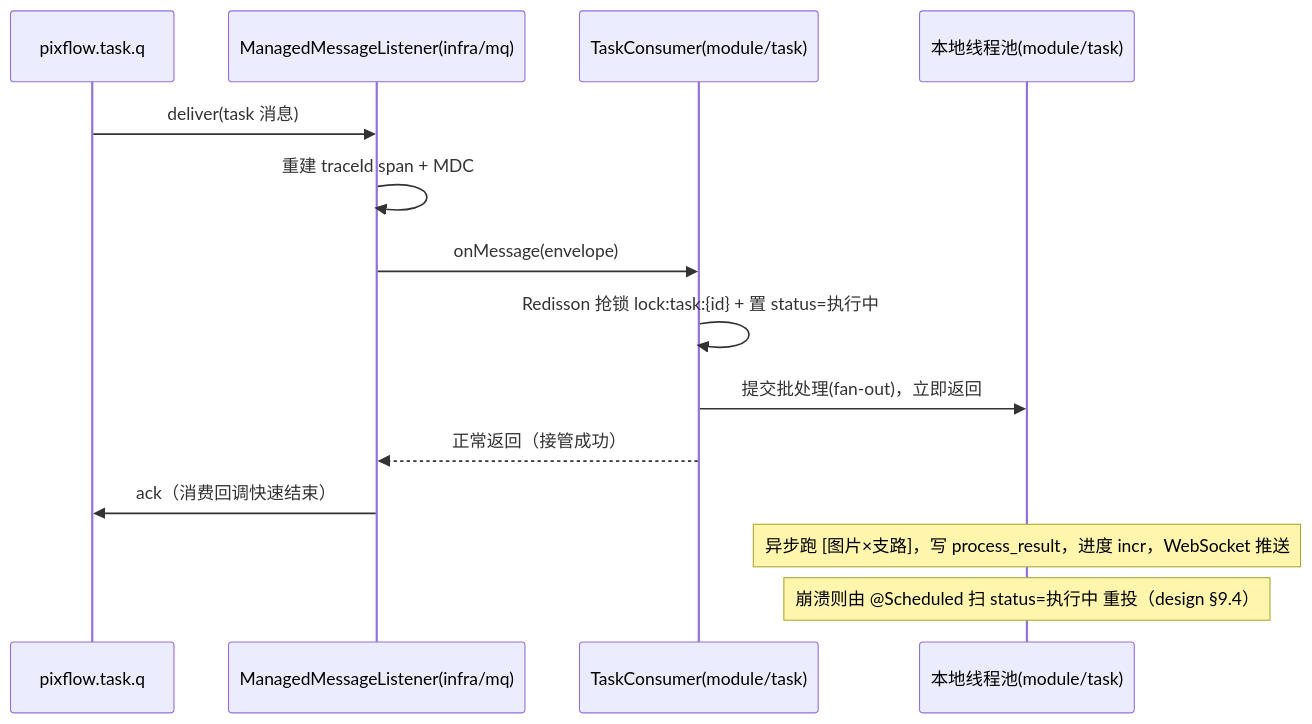
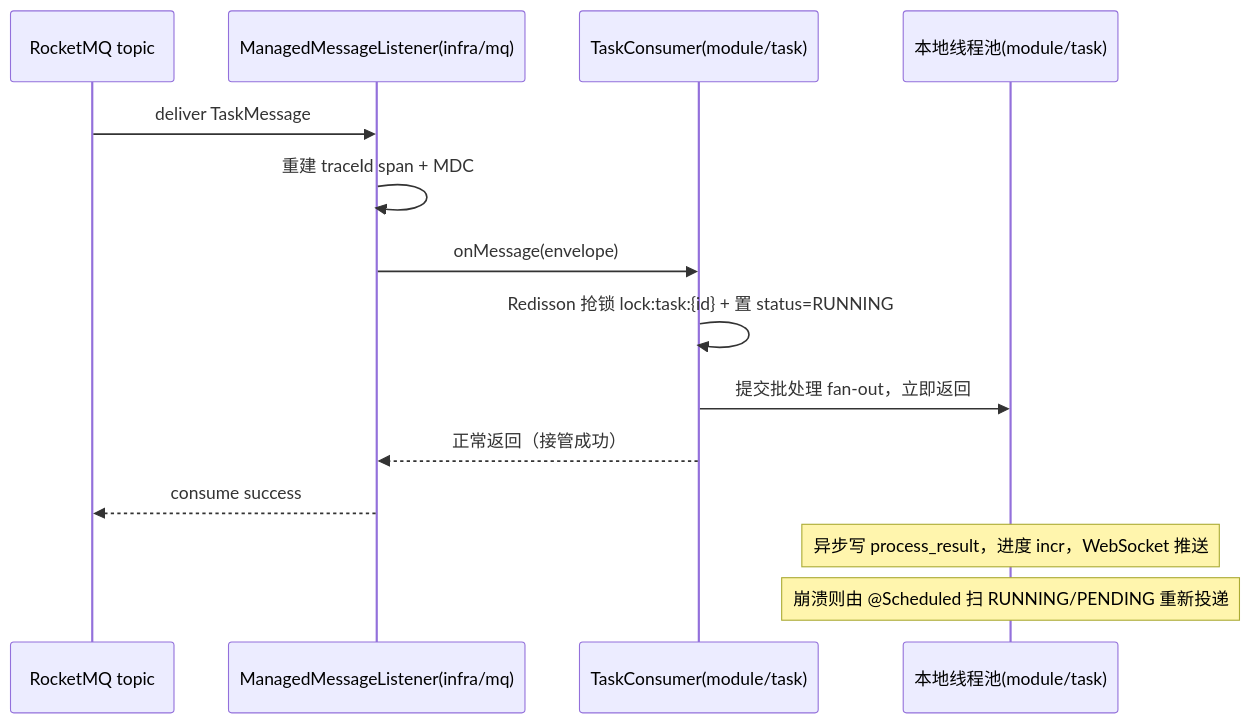
The diagram in docs/design-docs/infra/mq.md (EtherealStar/PixFlow), drawn with Mermaid before and after one commit. The commit also changed other lines of this file and 16 other files, not shown here.

````diff
--- a/docs/design-docs/infra/mq.md
+++ b/docs/design-docs/infra/mq.md
@@ -169,16 +188,16 @@
 ```mermaid
 sequenceDiagram
-    participant Q as pixflow.task.q
+    participant MQ as RocketMQ topic
     participant L as ManagedMessageListener(infra/mq)
     participant H as TaskConsumer(module/task)
     participant Pool as 本地线程池(module/task)
-    Q->>L: deliver(task 消息)
+    MQ->>L: deliver TaskMessage
     L->>L: 重建 traceId span + MDC
     L->>H: onMessage(envelope)
-    H->>H: Redisson 抢锁 lock:task:{id} + 置 status=执行中
-    H->>Pool: 提交批处理(fan-out)，立即返回
+    H->>H: Redisson 抢锁 lock:task:{id} + 置 status=RUNNING
+    H->>Pool: 提交批处理 fan-out，立即返回
     H-->>L: 正常返回（接管成功）
-    L->>Q: ack（消费回调快速结束）
-    Note over Pool: 异步跑 [图片×支路]，写 process_result，进度 incr，WebSocket 推送
-    Note over Pool: 崩溃则由 @Scheduled 扫 status=执行中 重投（design §9.4）
+    L-->>MQ: consume success
+    Note over Pool: 异步写 process_result，进度 incr，WebSocket 推送
+    Note over Pool: 崩溃则由 @Scheduled 扫 RUNNING/PENDING 重新投递
 ```
````
